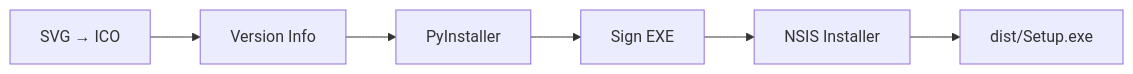
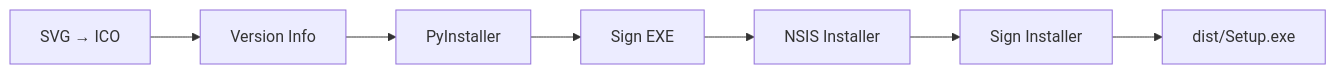
One commit to UVuruna/UVuruna changed the first of 3 diagrams in CLAUDE.md. Above: the diagram before and after it, drawn with Mermaid. The commit also changed other lines of this file, not shown here.

First line of the commit message:
0.0.040 Build pipeline — sign the INSTALLER too, not just the inner exe (Step 6)

````diff
--- a/CLAUDE.md
+++ b/CLAUDE.md
@@ -838,9 +838,10 @@
 ```mermaid
 %%{init: {'flowchart': {'subGraphTitleMargin': {'top': 0, 'bottom': 35}}}}%%
 flowchart LR
     A[SVG → ICO] --> B[Version Info]
     B --> C[PyInstaller]
     C --> D[Sign EXE]
     D --> E[NSIS Installer]
-    E --> F[dist/Setup.exe]
+    E --> G[Sign Installer]
+    G --> F[dist/Setup.exe]
 ```
````
